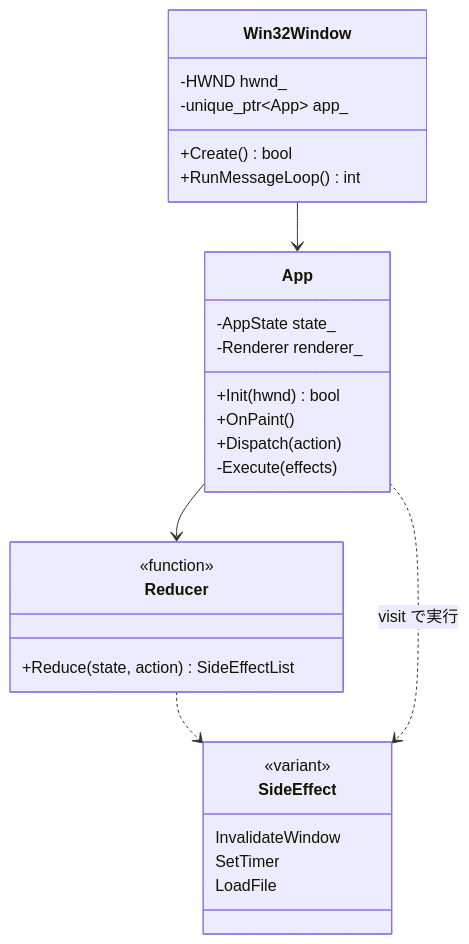
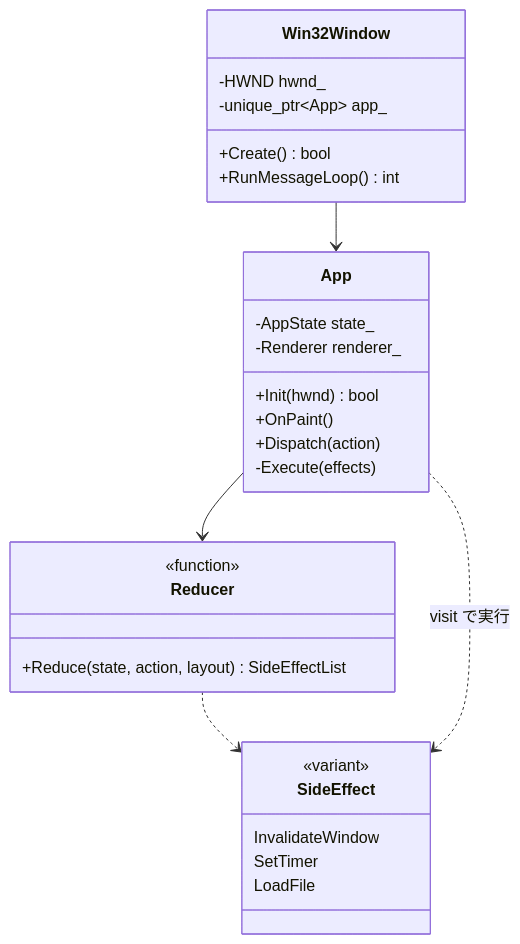
One commit to tanaton/mendo changed diagram 25 of 27 in example/test.md. Above: the diagram before and after it, drawn with Mermaid. The commit also changed other lines of this file and 161 other files, not shown here.

````diff
--- a/example/test.md
+++ b/example/test.md
@@ -5147,35 +5036,35 @@
 ```mermaid
 classDiagram
     class Win32Window {
         -HWND hwnd_
         -unique_ptr~App~ app_
         +Create() bool
         +RunMessageLoop() int
     }
 
     class App {
         -AppState state_
         -Renderer renderer_
         +Init(hwnd) bool
         +OnPaint()
         +Dispatch(action)
         -Execute(effects)
     }
 
     class Reducer {
         <<function>>
-        +Reduce(state, action) SideEffectList
+        +Reduce(state, action, layout) SideEffectList
     }
 
     class SideEffect {
         <<variant>>
         InvalidateWindow
         SetTimer
         LoadFile
     }
 
     Win32Window --> App
     App --> Reducer
     Reducer ..> SideEffect
     App ..> SideEffect : visit で実行
 ```
````
